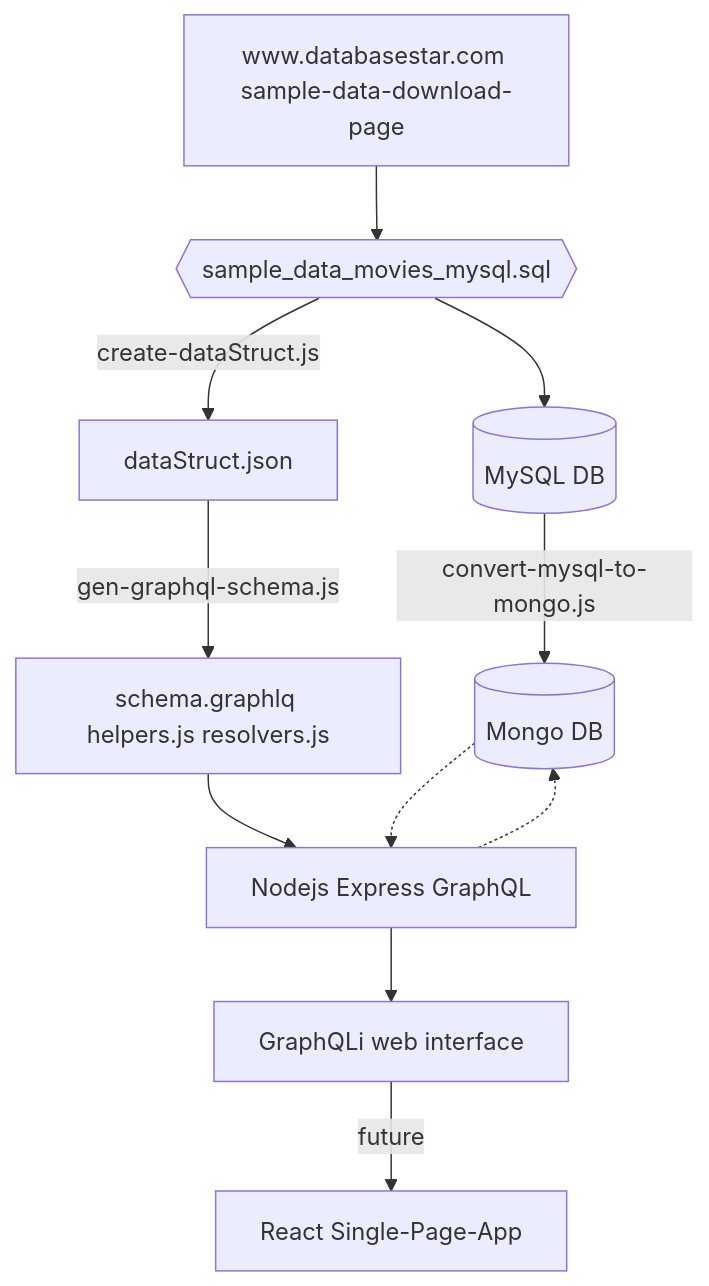
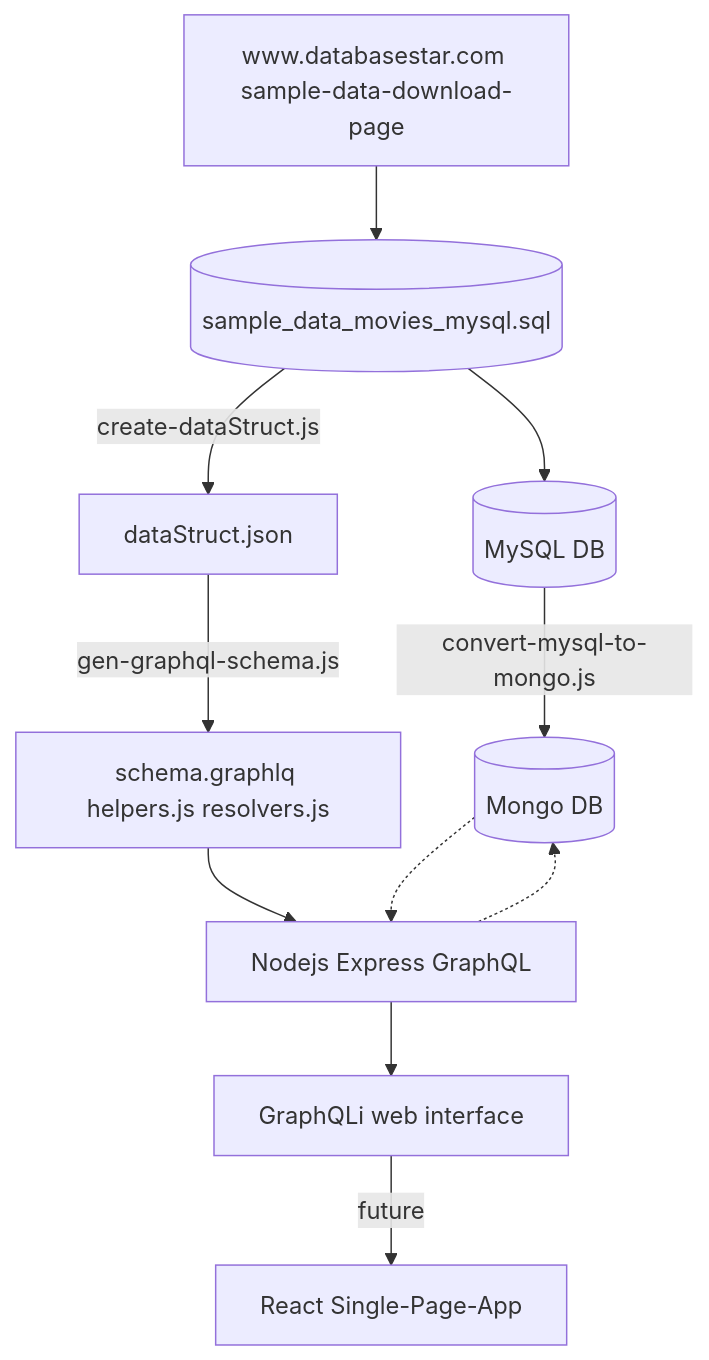
Before and after one commit to martinjackson/talks-CAJS-2021-Dec: the diagram in README.md, drawn with Mermaid.

Commit message:
almost talk time...

````diff
--- a/README.md
+++ b/README.md
@@ -39,13 +39,13 @@
 ```mermaid
 graph TD;
-    A[www.databasestar.com sample-data-download-page] --> M{{sample_data_movies_mysql.sql}};
+    A[www.databasestar.com sample-data-download-page] --> M[(sample_data_movies_mysql.sql)];
     M --> C[(MySQL DB)];
     C -->|convert-mysql-to-mongo.js| D[(Mongo DB)];
     M -->|create-dataStruct.js| E[dataStruct.json];
     E -->|gen-graphql-schema.js| F[schema.graphlq helpers.js resolvers.js];
     F --> G[Nodejs Express GraphQL]
     G --> H[GraphQLi web interface]
     H -->|future| I[React Single-Page-App]
     D -.-> G
     G -.-> D
 ```
````
